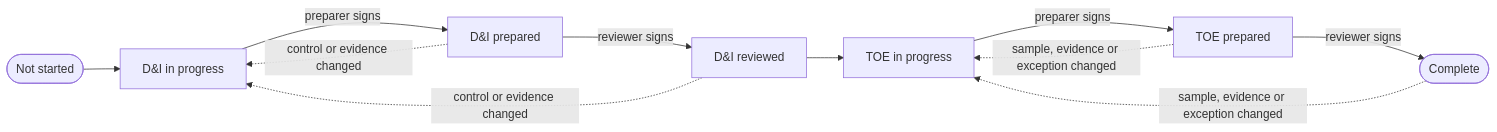
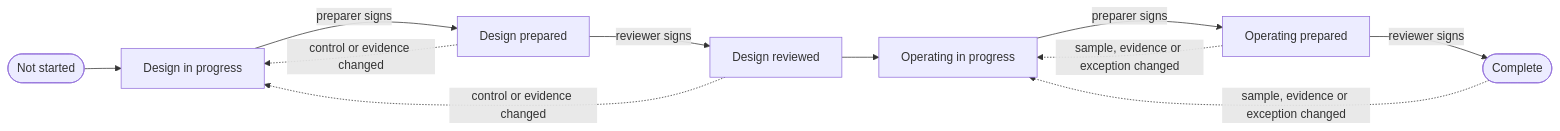
One commit to Shiripatel/controllens changed the second of 2 diagrams in README.md. Above: the diagram before and after it, drawn with Mermaid. The commit also changed other lines of this file and 29 other files, not shown here.

First line of the commit message:
Rename D&I/TOE to standard Design Effectiveness (DE) and Operating Effectiveness (OE)

````diff
--- a/README.md
+++ b/README.md
@@ -119,11 +121,11 @@
 ```mermaid
 flowchart LR
-    S0([Not started]) --> S1[D&I in progress]
-    S1 -->|preparer signs| S2[D&I prepared]
-    S2 -->|reviewer signs| S3[D&I reviewed]
-    S3 --> S4[TOE in progress]
-    S4 -->|preparer signs| S5[TOE prepared]
+    S0([Not started]) --> S1[Design in progress]
+    S1 -->|preparer signs| S2[Design prepared]
+    S2 -->|reviewer signs| S3[Design reviewed]
+    S3 --> S4[Operating in progress]
+    S4 -->|preparer signs| S5[Operating prepared]
     S5 -->|reviewer signs| S6([Complete])
     S2 & S3 -.->|control or evidence changed| S1
     S5 & S6 -.->|sample, evidence or exception changed| S4
 ```
````
